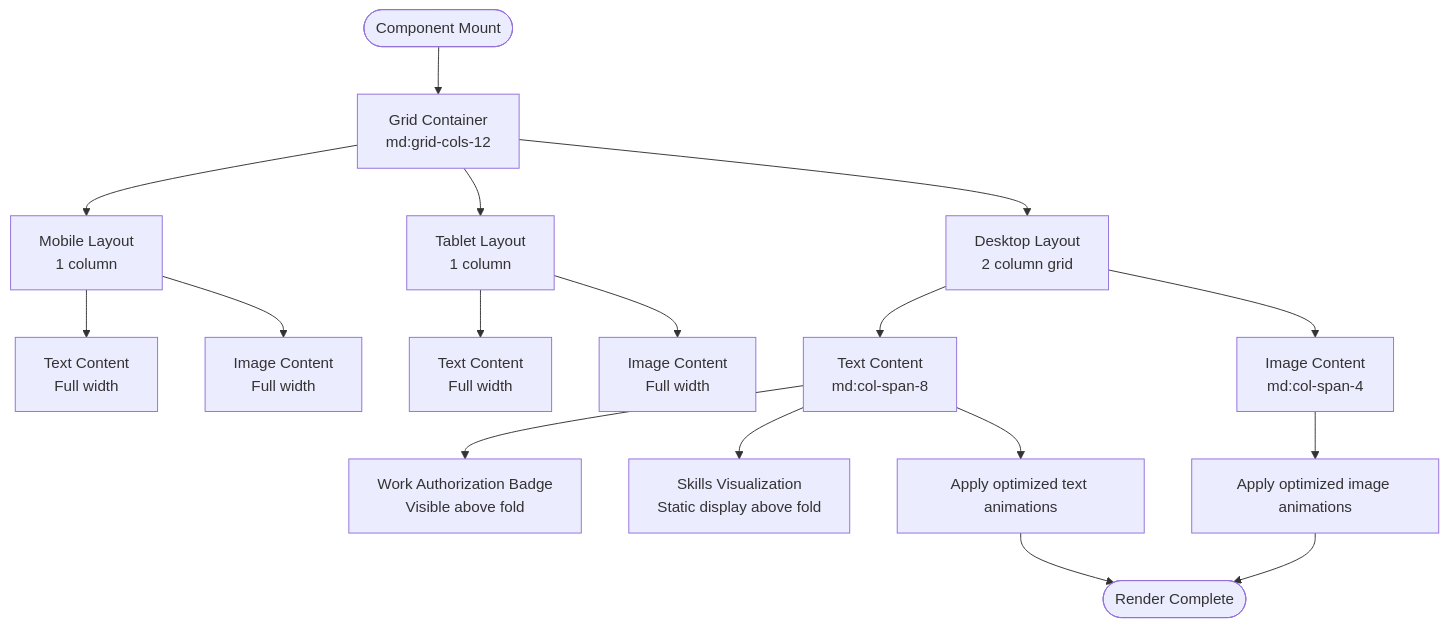
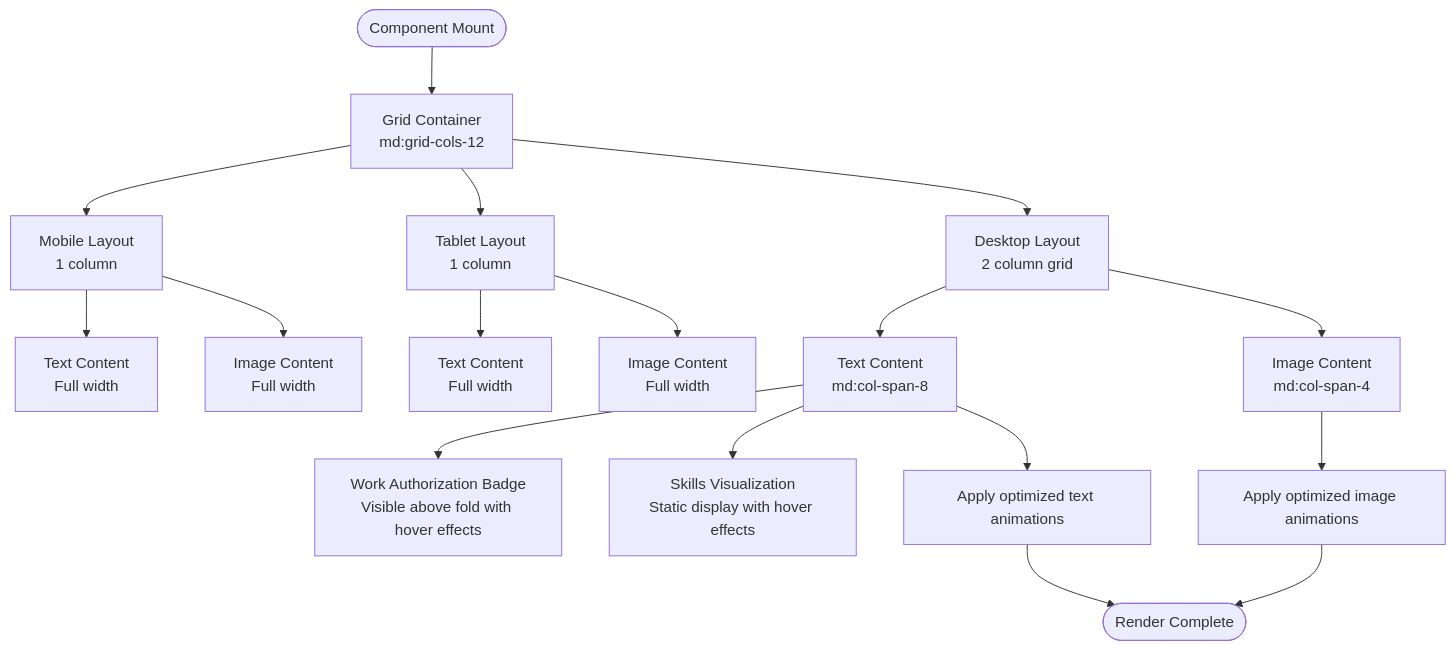
The third of 7 diagrams in .qoder/repowiki/en/content/Component Library & UI Elements/Hero Component.md (subash7781/Portfolio), drawn with Mermaid before and after one commit. The commit also changed other lines of this file and 6 other files, not shown here.

````diff
--- a/.qoder/repowiki/en/content/Component Library & UI Elements/Hero Component.md
+++ b/.qoder/repowiki/en/content/Component Library & UI Elements/Hero Component.md
@@ -155,19 +171,19 @@
 ```mermaid
 flowchart TD
 Start([Component Mount]) --> Container["Grid Container<br/>md:grid-cols-12"]
 Container --> Mobile["Mobile Layout<br/>1 column"]
 Container --> Tablet["Tablet Layout<br/>1 column"]
 Container --> Desktop["Desktop Layout<br/>2 column grid"]
 Mobile --> TextMobile["Text Content<br/>Full width"]
 Mobile --> ImageMobile["Image Content<br/>Full width"]
 Tablet --> TextTablet["Text Content<br/>Full width"]
 Tablet --> ImageTablet["Image Content<br/>Full width"]
 Desktop --> TextDesktop["Text Content<br/>md:col-span-8"]
 Desktop --> ImageDesktop["Image Content<br/>md:col-span-4"]
-TextDesktop --> WorkAuth["Work Authorization Badge<br/>Visible above fold"]
-TextDesktop --> SkillsRow["Skills Visualization<br/>Static display above fold"]
+TextDesktop --> WorkAuth["Work Authorization Badge<br/>Visible above fold with hover effects"]
+TextDesktop --> SkillsRow["Skills Visualization<br/>Static display with hover effects"]
 TextDesktop --> Animations["Apply optimized text animations"]
 ImageDesktop --> ImageEffects["Apply optimized image animations"]
 Animations --> Complete([Render Complete])
 ImageEffects --> Complete
 ```
````
